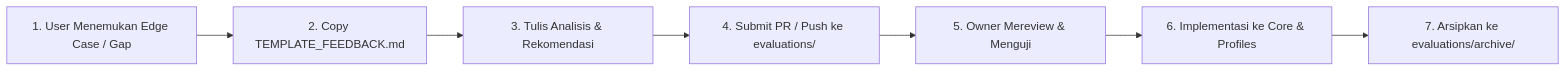
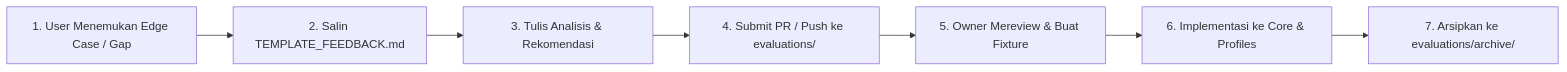
One commit to hanifalkauni/uml-architect changed the second of 2 diagrams in evaluations/README.md. Above: the diagram before and after it, drawn with Mermaid. The commit also changed other lines of this file, not shown here.

````diff
--- a/evaluations/README.md
+++ b/evaluations/README.md
@@ -11,9 +74,9 @@
 ```mermaid
 flowchart LR
-    A[1. User Menemukan Edge Case / Gap] --> B[2. Copy TEMPLATE_FEEDBACK.md]
+    A[1. User Menemukan Edge Case / Gap] --> B[2. Salin TEMPLATE_FEEDBACK.md]
     B --> C[3. Tulis Analisis & Rekomendasi]
     C --> D[4. Submit PR / Push ke evaluations/]
-    D --> E[5. Owner Mereview & Menguji]
+    D --> E[5. Owner Mereview & Buat Fixture]
     E --> F[6. Implementasi ke Core & Profiles]
     F --> G[7. Arsipkan ke evaluations/archive/]
 ```
````
